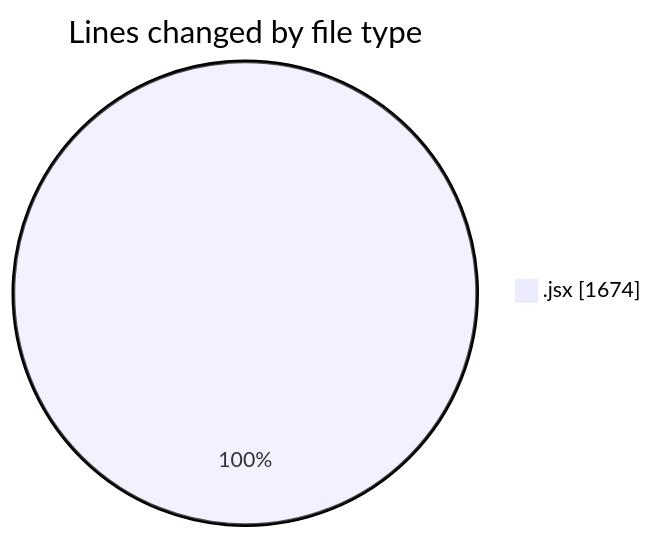
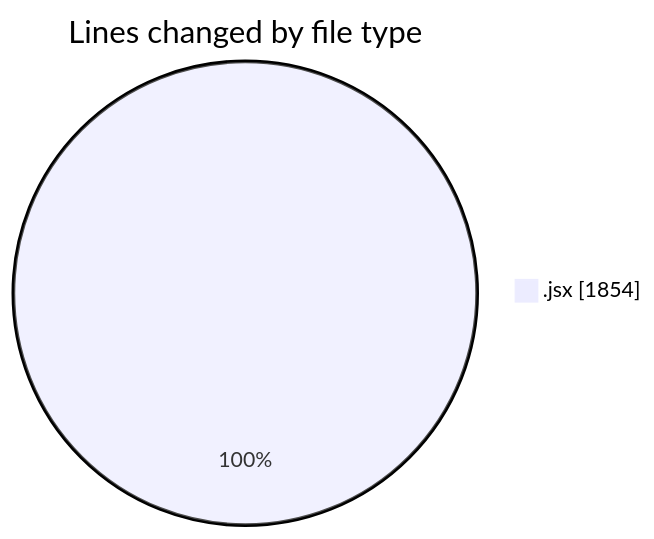
One commit to nxtqubesakshisongat/code-tracking changed the first of 2 diagrams in 2025-06-14/nxtqube_webapp/README.md. Above: the diagram before and after it, drawn with Mermaid. The commit also changed other lines of this file and 1 other file, not shown here.

````diff
--- a/2025-06-14/nxtqube_webapp/README.md
+++ b/2025-06-14/nxtqube_webapp/README.md
@@ -22,5 +24,5 @@
 ```mermaid
 pie showData
 title Lines changed by file type
-".jsx" : 1674
+".jsx" : 1854
 ```
````
